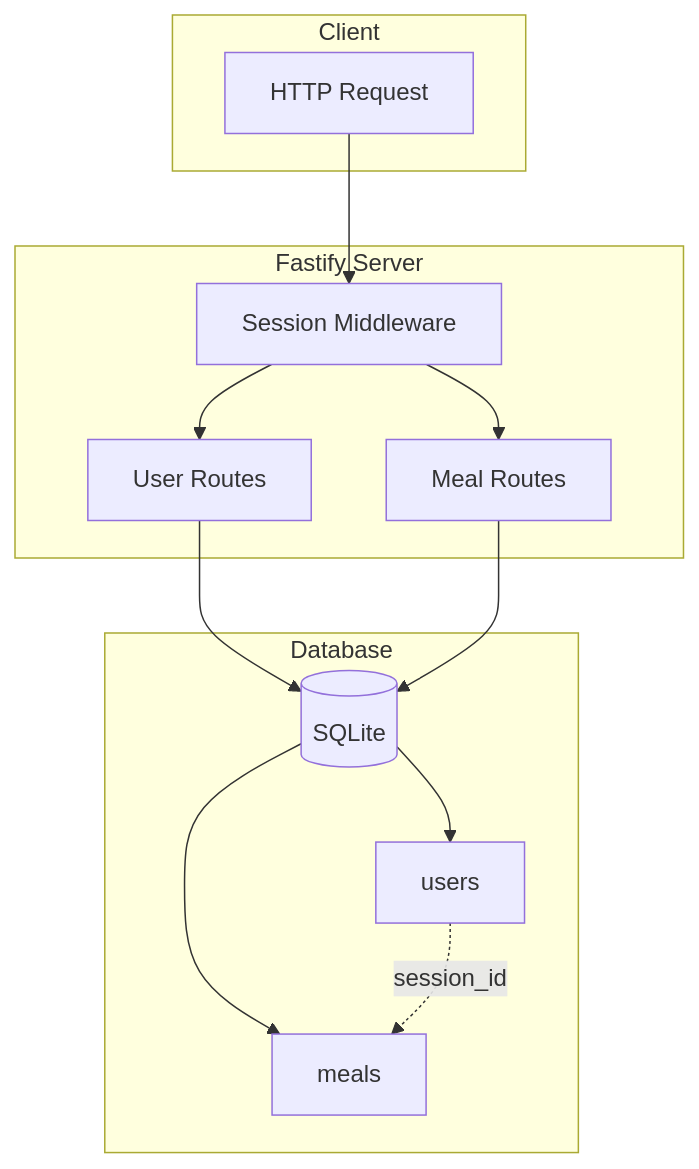
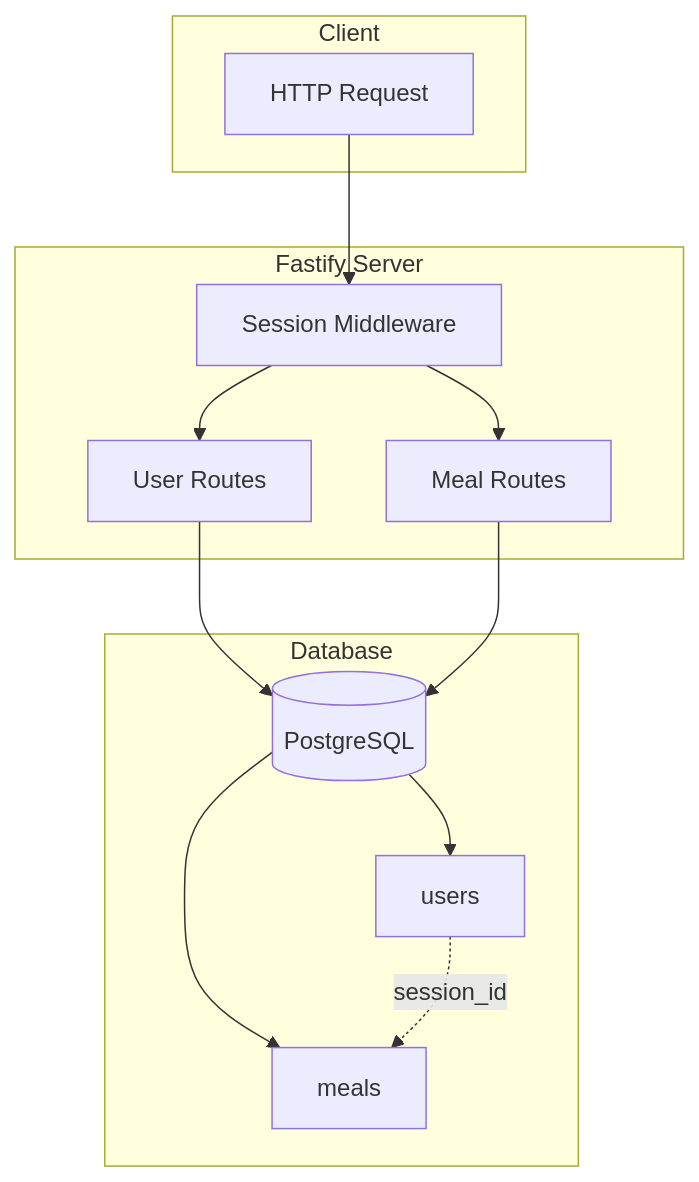
The diagram in README.md (devchinninto/daily-diet-api), drawn with Mermaid before and after one commit. The commit also changed other lines of this file, not shown here.

````diff
--- a/README.md
+++ b/README.md
@@ -14,27 +14,27 @@
 ```mermaid
 flowchart TB
     subgraph Client
         REQ[HTTP Request]
     end
 
     subgraph Fastify Server
         MW[Session Middleware]
         UR[User Routes]
         MR[Meal Routes]
     end
 
     subgraph Database
-        DB[(SQLite)]
+        DB[(PostgreSQL)]
         USERS[users]
         MEALS[meals]
     end
 
     REQ --> MW
     MW --> UR
     MW --> MR
     UR --> DB
     MR --> DB
     DB --> USERS
     DB --> MEALS
     USERS -.->|session_id| MEALS
 ```
````
